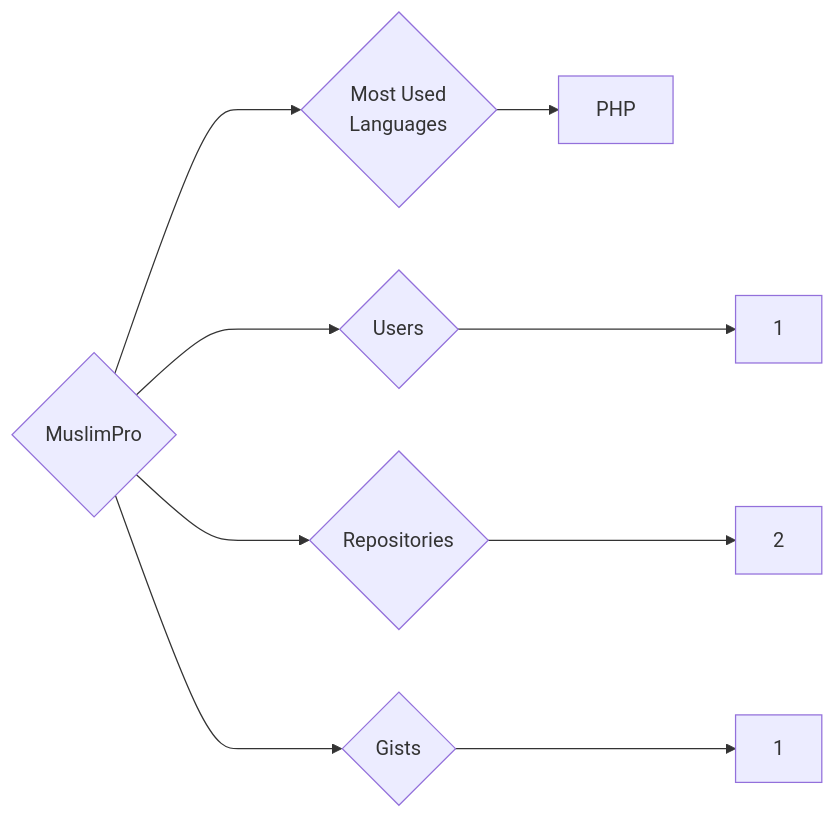
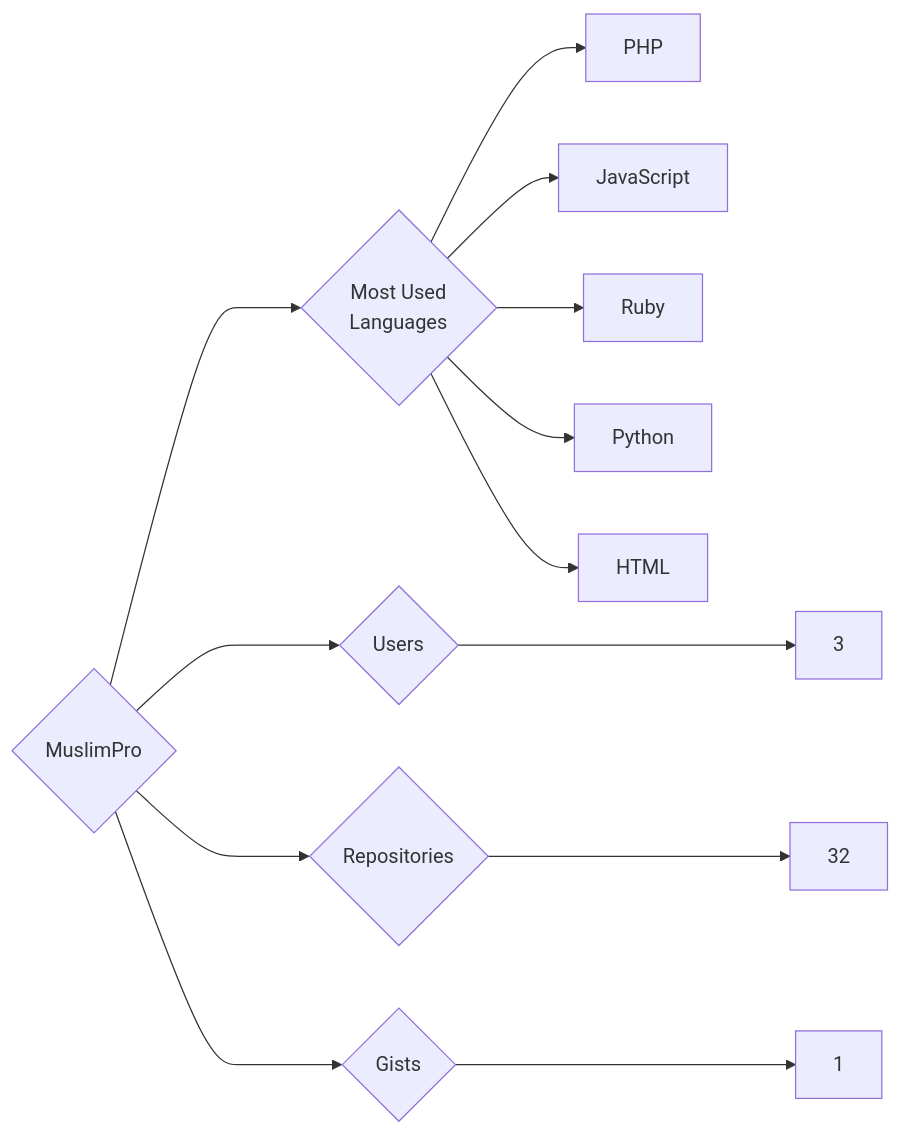
The diagram in targets/MuslimPro/README.md (trickest/insiders), drawn with Mermaid before and after one commit. The commit also changed 1175 other files, not shown here.

````diff
--- a/targets/MuslimPro/README.md
+++ b/targets/MuslimPro/README.md
@@ -3,9 +3,13 @@
 ```mermaid
 graph LR
 COMPANY_NAME{MuslimPro}
-COMPANY_NAME ---> U{Users} ---> UN[1]
-COMPANY_NAME ---> R{Repositories} ---> RN[2]
+COMPANY_NAME ---> U{Users} ---> UN[3]
+COMPANY_NAME ---> R{Repositories} ---> RN[32]
 COMPANY_NAME ---> G{Gists} ---> GN[1]
 COMPANY_NAME ---> ML{Most Used<br>Languages}
 ML --> PHP[PHP]
+ML --> JavaScript[JavaScript]
+ML --> Ruby[Ruby]
+ML --> Python[Python]
+ML --> HTML[HTML]
 ```
````
